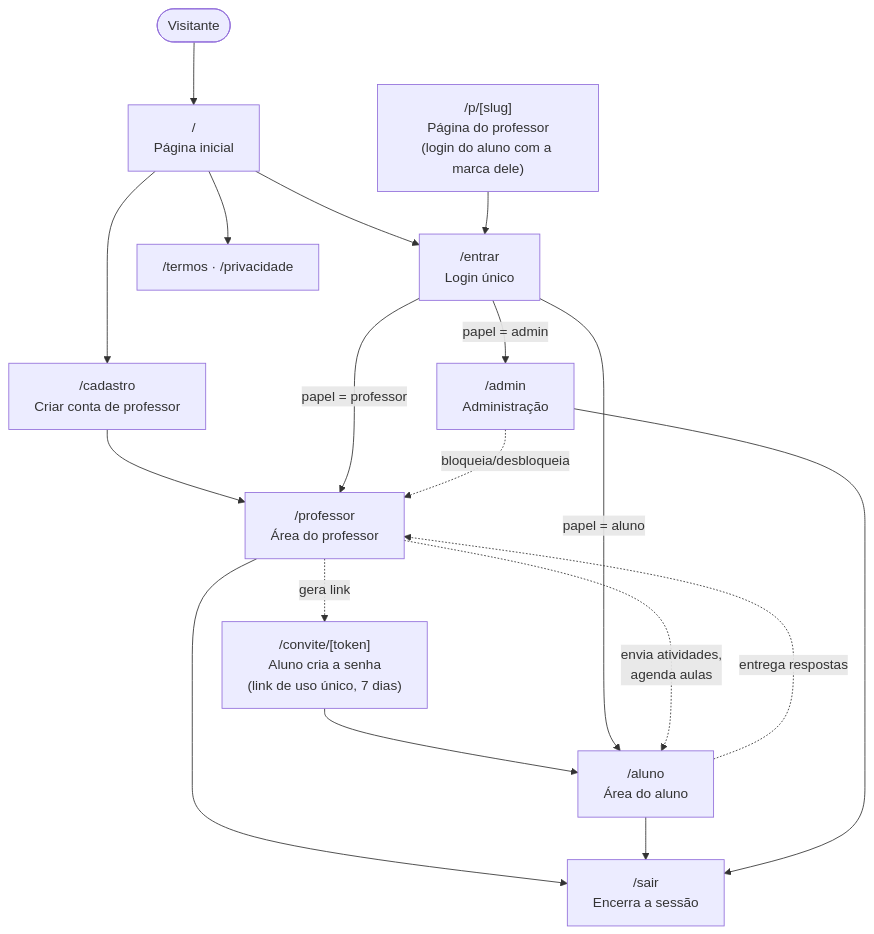
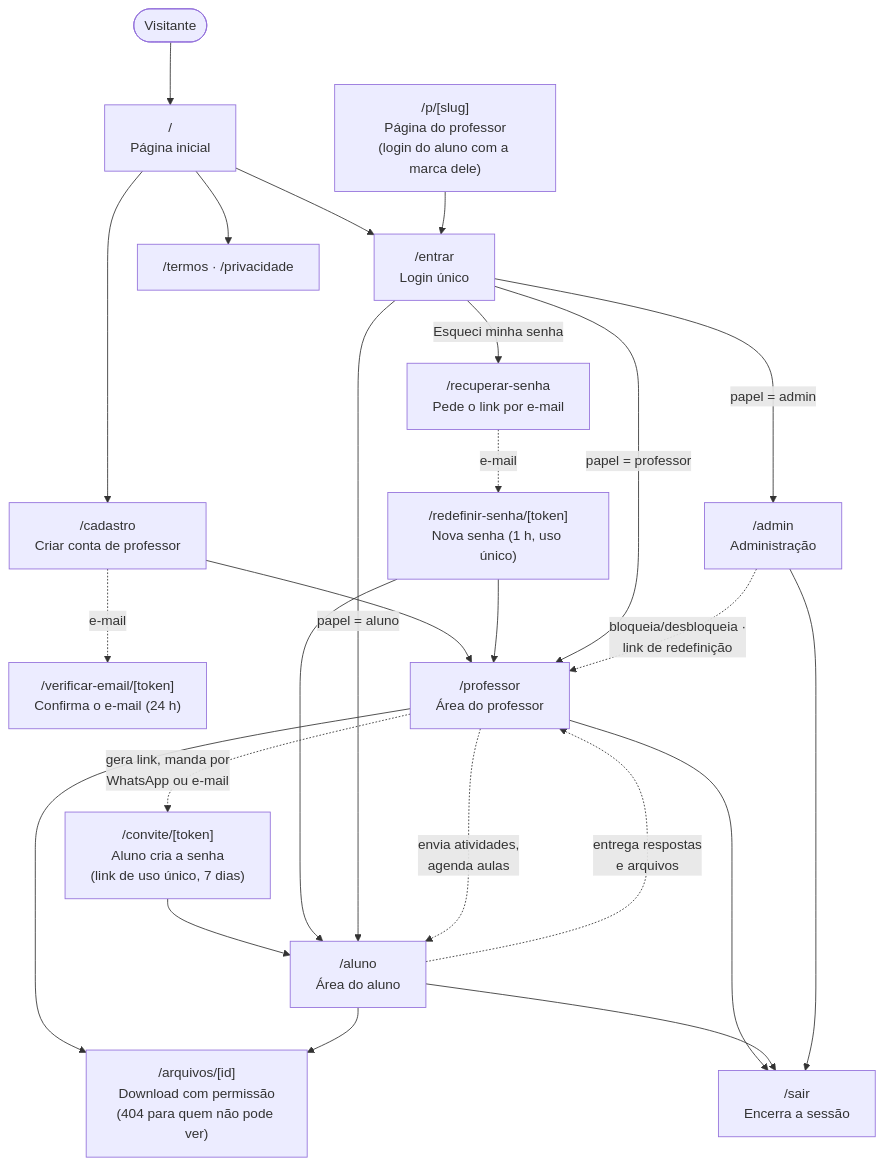
The first of 10 diagrams in docs/DIAGRAMA.md (devleandrosilva99/teacher-sarah), drawn with Mermaid before and after one commit. The commit also changed other lines of this file and 3 other files, not shown here.

First line of the commit message:
Fase 2: documentação, diagramas e relatório

````diff
--- a/docs/DIAGRAMA.md
+++ b/docs/DIAGRAMA.md
@@ -11,25 +11,34 @@
 ```mermaid
 flowchart TD
     V([Visitante]) --> HOME["/ <br/>Página inicial"]
     HOME --> CAD["/cadastro<br/>Criar conta de professor"]
     HOME --> ENT["/entrar<br/>Login único"]
     HOME --> TER["/termos · /privacidade"]
 
     TP["/p/[slug]<br/>Página do professor<br/>(login do aluno com a marca dele)"] --> ENT
     CONV["/convite/[token]<br/>Aluno cria a senha<br/>(link de uso único, 7 dias)"] --> AL
+    ENT -->|Esqueci minha senha| REC["/recuperar-senha<br/>Pede o link por e-mail"]
+    REC -. e-mail .-> RED["/redefinir-senha/[token]<br/>Nova senha (1 h, uso único)"]
+    CAD -. e-mail .-> VER["/verificar-email/[token]<br/>Confirma o e-mail (24 h)"]
 
     CAD --> PR
+    RED --> PR
+    RED --> AL
     ENT -->|papel = professor| PR["/professor<br/>Área do professor"]
     ENT -->|papel = aluno| AL["/aluno<br/>Área do aluno"]
     ENT -->|papel = admin| AD["/admin<br/>Administração"]
 
-    PR -. gera link .-> CONV
+    PR -. gera link, manda por<br/>WhatsApp ou e-mail .-> CONV
     PR -. envia atividades,<br/>agenda aulas .-> AL
-    AL -. entrega respostas .-> PR
-    AD -. bloqueia/desbloqueia .-> PR
+    AL -. entrega respostas<br/>e arquivos .-> PR
+    AD -. bloqueia/desbloqueia ·<br/>link de redefinição .-> PR
+
+    ARQ["/arquivos/[id]<br/>Download com permissão<br/>(404 para quem não pode ver)"]
+    PR --> ARQ
+    AL --> ARQ
 
     SAIR["/sair<br/>Encerra a sessão"]
     PR --> SAIR
     AL --> SAIR
     AD --> SAIR
 ```
````
